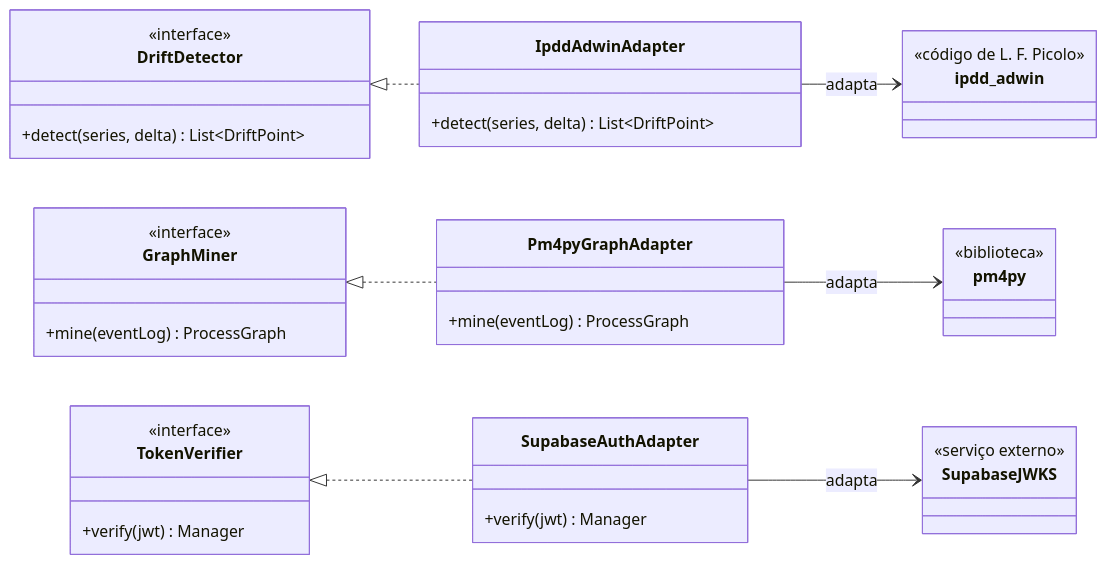
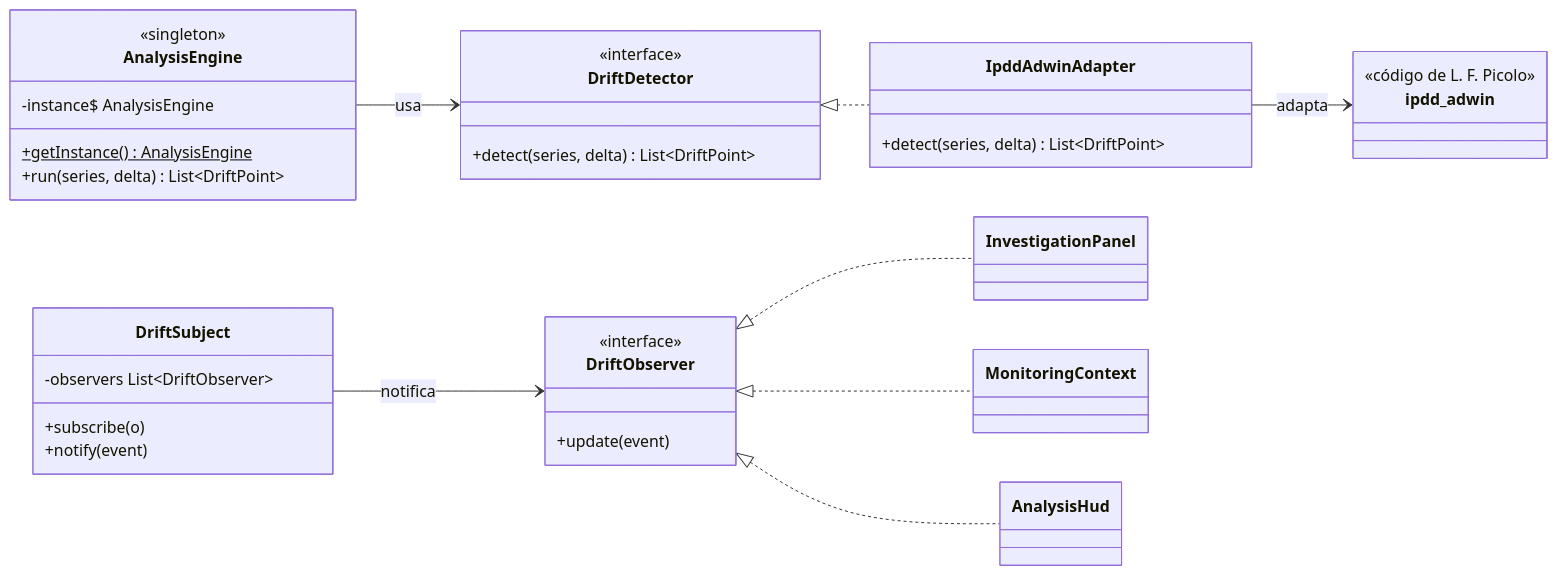
Diagram 11 of 11 in architecture/arc42.md (aland3r/deviante-docs), drawn with Mermaid before and after one commit. The commit also changed other lines of this file, not shown here.

Commit message:
Reuso: padrões Singleton + Adapter + Observer (escopo v1, sem RUL)
Claude-Session: https://claude.ai/code/session_01AmE5KfE7b9iNvkkPZemtYe

````diff
--- a/architecture/arc42.md
+++ b/architecture/arc42.md
@@ -718,40 +720,39 @@
 ```mermaid
 classDiagram
     direction LR
+    class AnalysisEngine {
+      <<singleton>>
+      -instance$ AnalysisEngine
+      +getInstance()$ AnalysisEngine
+      +run(series, delta) List~DriftPoint~
+    }
     class DriftDetector {
       <<interface>>
       +detect(series, delta) List~DriftPoint~
     }
     class IpddAdwinAdapter {
       +detect(series, delta) List~DriftPoint~
     }
     class ipdd_adwin {
       <<código de L. F. Picolo>>
     }
-    class GraphMiner {
+    class DriftSubject {
+      -observers List~DriftObserver~
+      +subscribe(o)
+      +notify(event)
+    }
+    class DriftObserver {
       <<interface>>
-      +mine(eventLog) ProcessGraph
+      +update(event)
     }
-    class Pm4pyGraphAdapter {
-      +mine(eventLog) ProcessGraph
-    }
-    class pm4py {
-      <<biblioteca>>
-    }
-    class TokenVerifier {
-      <<interface>>
-      +verify(jwt) Manager
-    }
-    class SupabaseAuthAdapter {
-      +verify(jwt) Manager
-    }
-    class SupabaseJWKS {
-      <<serviço externo>>
-    }
+    class InvestigationPanel
+    class MonitoringContext
+    class AnalysisHud
+    AnalysisEngine --> DriftDetector : usa
     DriftDetector <|.. IpddAdwinAdapter
     IpddAdwinAdapter --> ipdd_adwin : adapta
-    GraphMiner <|.. Pm4pyGraphAdapter
-    Pm4pyGraphAdapter --> pm4py : adapta
-    TokenVerifier <|.. SupabaseAuthAdapter
-    SupabaseAuthAdapter --> SupabaseJWKS : adapta
+    DriftSubject --> DriftObserver : notifica
+    DriftObserver <|.. InvestigationPanel
+    DriftObserver <|.. MonitoringContext
+    DriftObserver <|.. AnalysisHud
 ```
````
